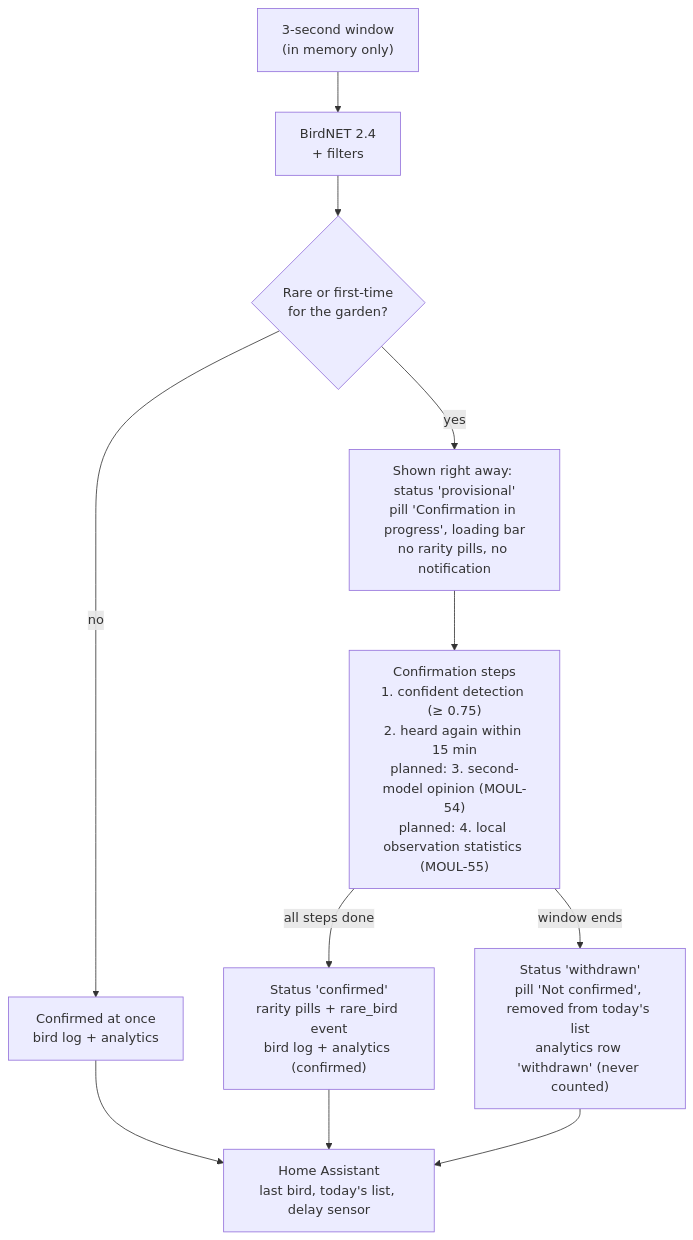
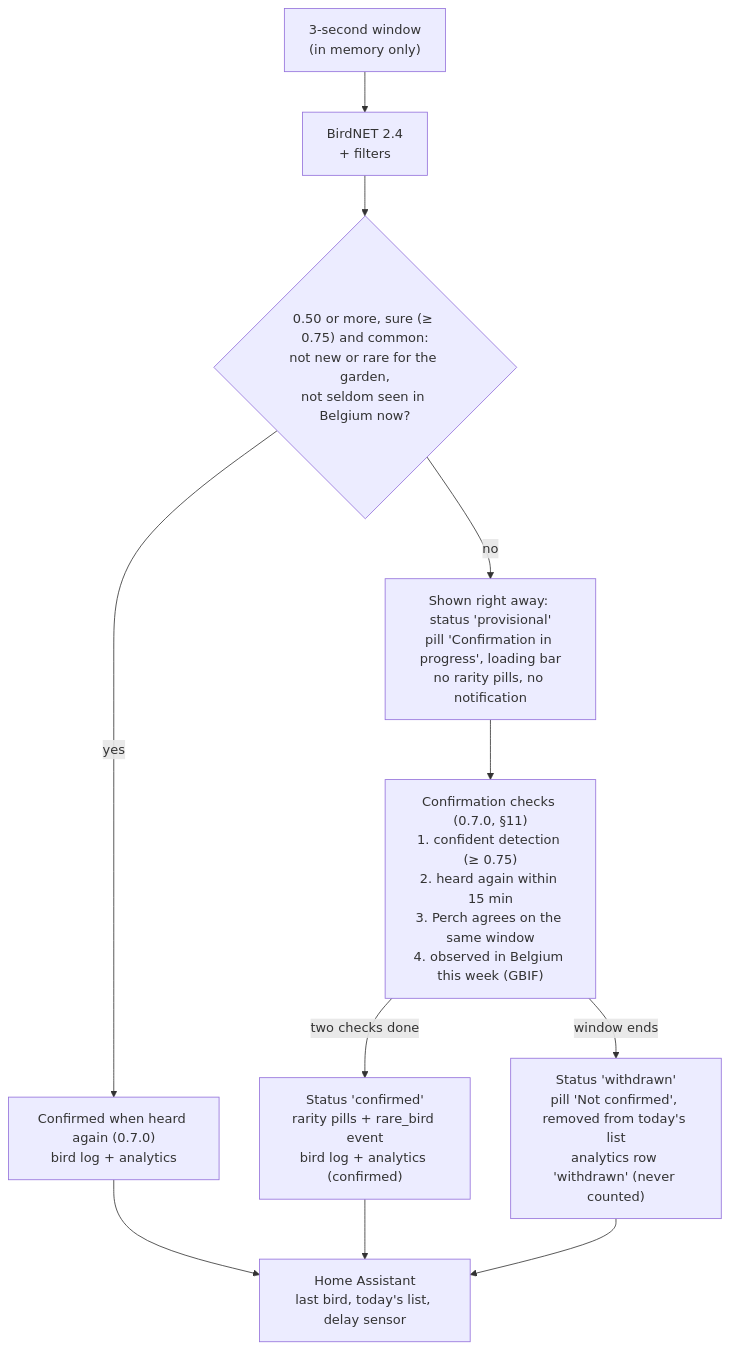
One commit to Digiflons/mouflon-population-share changed the ninth of 10 diagrams in docs/architecture/README.md. Above: the diagram before and after it, drawn with Mermaid. The commit also changed other lines of this file and 40 other files, not shown here.

Commit message:
Mouflon Population 0.7.0 — confirmation cross-checks and secrets starter guide

````diff
--- a/docs/architecture/README.md
+++ b/docs/architecture/README.md
@@ -451,13 +457,13 @@
 ```mermaid
 flowchart TB
   win["3-second window<br/>(in memory only)"] --> bn["BirdNET 2.4<br/>+ filters"]
-  bn --> q{"Rare or first-time<br/>for the garden?"}
-  q -- "no" --> conf["Confirmed at once<br/>bird log + analytics"]
-  q -- "yes" --> prov["Shown right away: status 'provisional'<br/>pill 'Confirmation in progress', loading bar<br/>no rarity pills, no notification"]
-  prov --> steps["Confirmation steps<br/>1. confident detection (≥ 0.75)<br/>2. heard again within 15 min<br/>planned: 3. second-model opinion (MOUL-54)<br/>planned: 4. local observation statistics (MOUL-55)"]
-  steps -- "all steps done" --> ok["Status 'confirmed'<br/>rarity pills + rare_bird event<br/>bird log + analytics (confirmed)"]
+  bn --> q{"0.50 or more, sure (≥ 0.75) and common:<br/>not new or rare for the garden,<br/>not seldom seen in Belgium now?"}
+  q -- "yes" --> conf["Confirmed when heard again (0.7.0)<br/>bird log + analytics"]
+  q -- "no" --> prov["Shown right away: status 'provisional'<br/>pill 'Confirmation in progress', loading bar<br/>no rarity pills, no notification"]
+  prov --> steps["Confirmation checks (0.7.0, §11)<br/>1. confident detection (≥ 0.75)<br/>2. heard again within 15 min<br/>3. Perch agrees on the same window<br/>4. observed in Belgium this week (GBIF)"]
+  steps -- "two checks done" --> ok["Status 'confirmed'<br/>rarity pills + rare_bird event<br/>bird log + analytics (confirmed)"]
   steps -- "window ends" --> wd["Status 'withdrawn'<br/>pill 'Not confirmed', removed from today's list<br/>analytics row 'withdrawn' (never counted)"]
   conf --> ha["Home Assistant<br/>last bird, today's list, delay sensor"]
   ok --> ha
   wd --> ha
 ```
````
